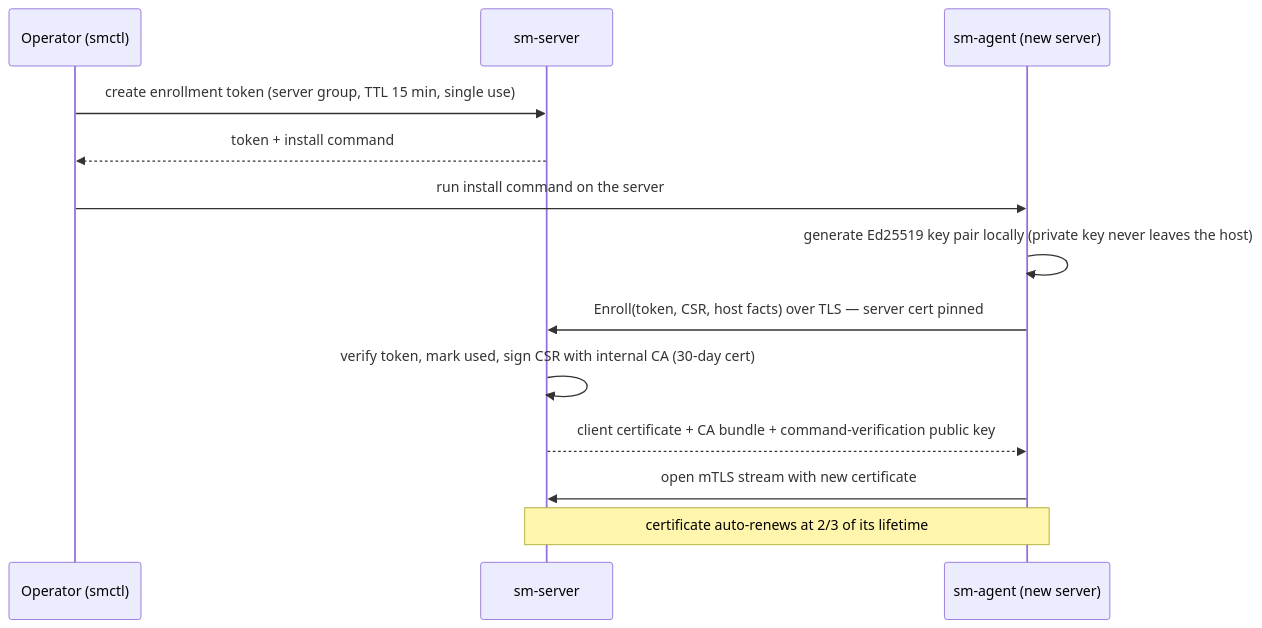
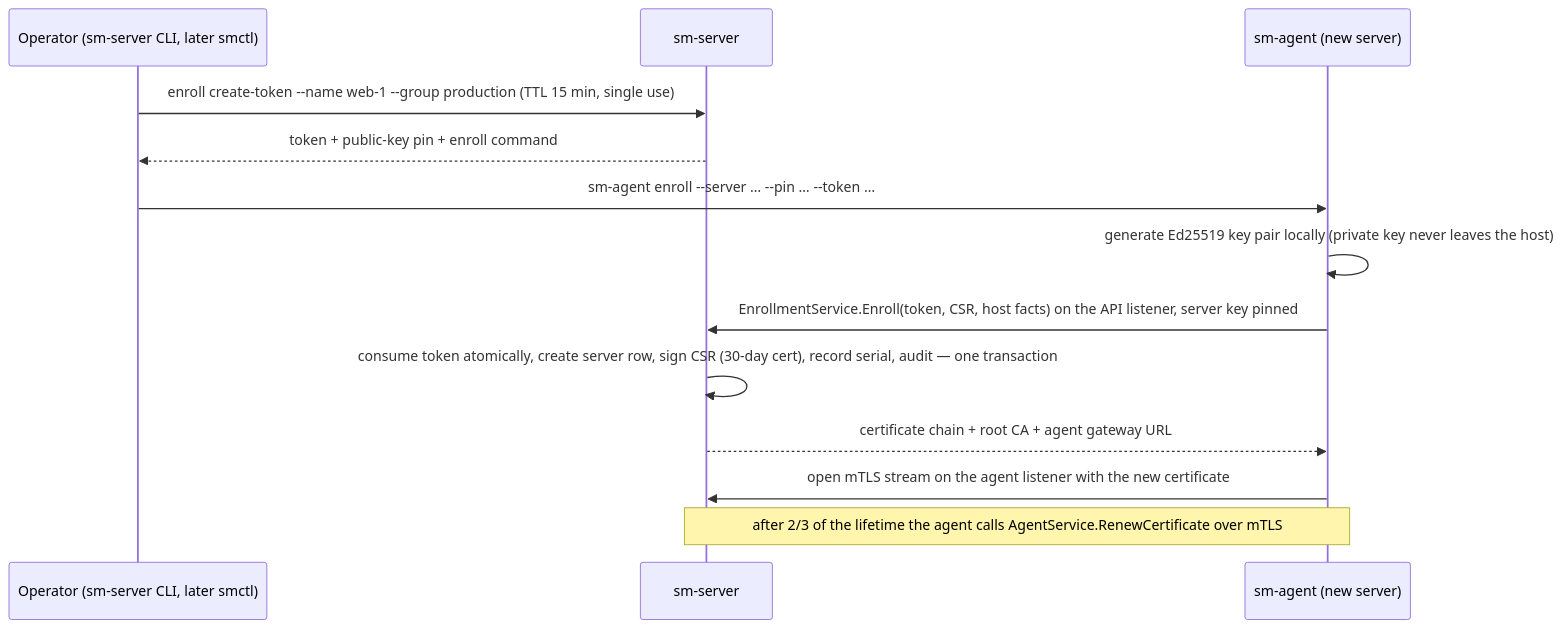
The second of 3 diagrams in docs/ARCHITECTURE.md (monirujjaman-dev/server-manager), drawn with Mermaid before and after one commit. The commit also changed other lines of this file and 44 other files, not shown here.

````diff
--- a/docs/ARCHITECTURE.md
+++ b/docs/ARCHITECTURE.md
@@ -106,16 +106,16 @@
 ```mermaid
 sequenceDiagram
-    participant Op as Operator (smctl)
+    participant Op as Operator (sm-server CLI, later smctl)
     participant CP as sm-server
     participant Ag as sm-agent (new server)
 
-    Op->>CP: create enrollment token (server group, TTL 15 min, single use)
-    CP-->>Op: token + install command
-    Op->>Ag: run install command on the server
+    Op->>CP: enroll create-token --name web-1 --group production (TTL 15 min, single use)
+    CP-->>Op: token + public-key pin + enroll command
+    Op->>Ag: sm-agent enroll --server … --pin … --token …
     Ag->>Ag: generate Ed25519 key pair locally (private key never leaves the host)
-    Ag->>CP: Enroll(token, CSR, host facts) over TLS — server cert pinned
-    CP->>CP: verify token, mark used, sign CSR with internal CA (30-day cert)
-    CP-->>Ag: client certificate + CA bundle + command-verification public key
-    Ag->>CP: open mTLS stream with new certificate
-    Note over Ag,CP: certificate auto-renews at 2/3 of its lifetime
+    Ag->>CP: EnrollmentService.Enroll(token, CSR, host facts) on the API listener, server key pinned
+    CP->>CP: consume token atomically, create server row, sign CSR (30-day cert), record serial, audit — one transaction
+    CP-->>Ag: certificate chain + root CA + agent gateway URL
+    Ag->>CP: open mTLS stream on the agent listener with the new certificate
+    Note over Ag,CP: after 2/3 of the lifetime the agent calls AgentService.RenewCertificate over mTLS
 ```
````
